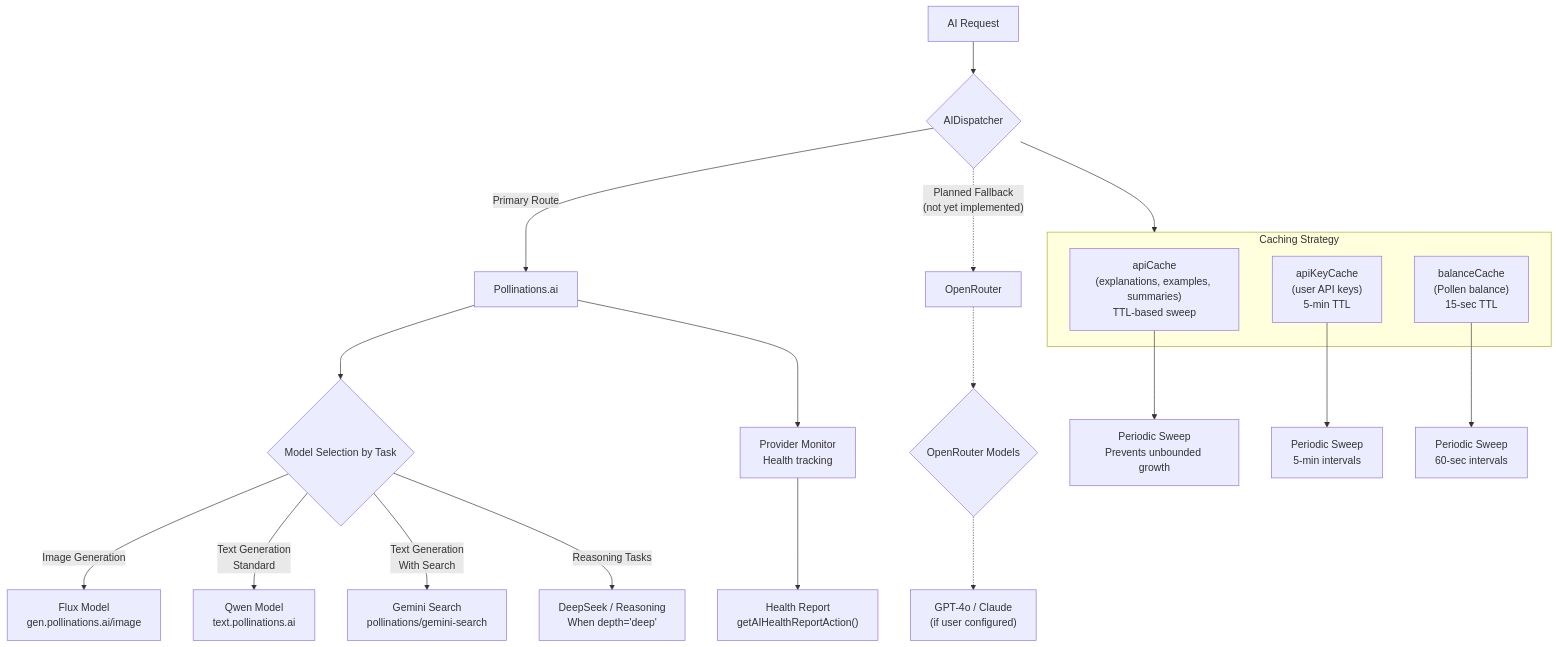
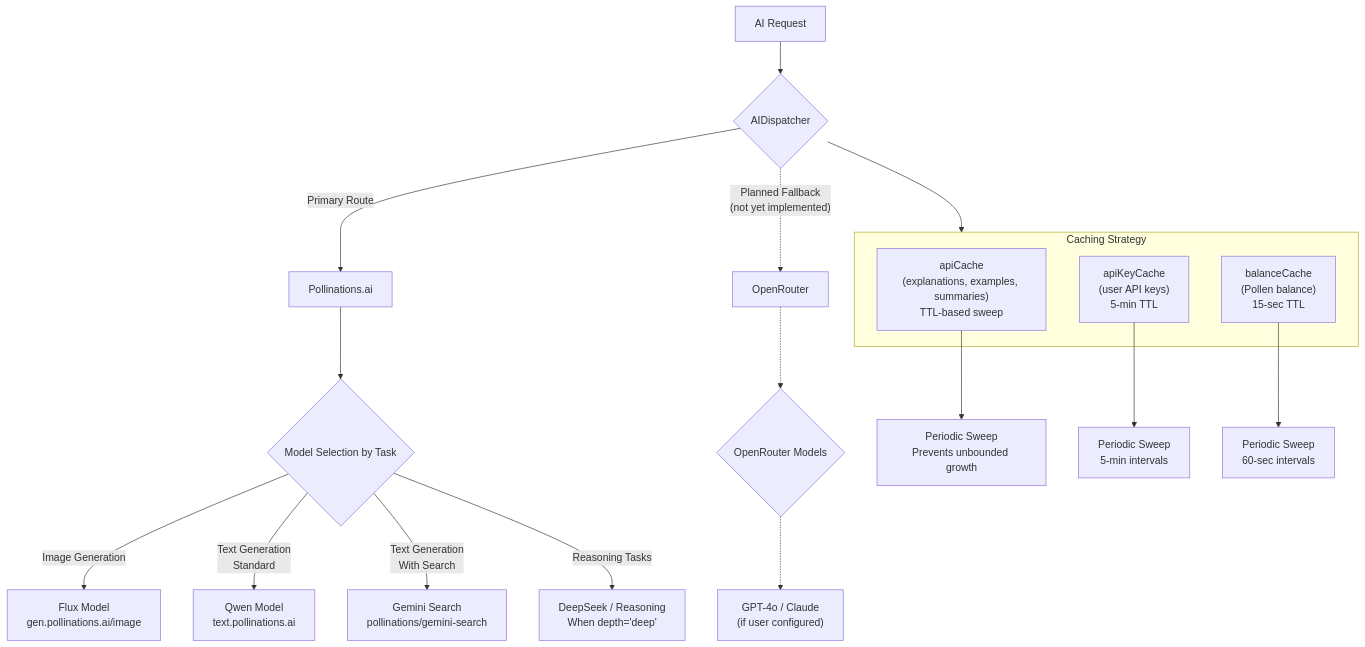
The fourth of 9 diagrams in docs/ARCHITECTURE.md (MindScape-free/mindscape), drawn with Mermaid before and after one commit. The commit also changed other lines of this file and 45 other files, not shown here.

````diff
--- a/docs/ARCHITECTURE.md
+++ b/docs/ARCHITECTURE.md
@@ -298,32 +297,29 @@
 ```mermaid
 flowchart TD
     REQ[AI Request] --> DISPATCHER{AIDispatcher}
 
     DISPATCHER -->|Primary Route| POLL["Pollinations.ai"]
     DISPATCHER -.->|"Planned Fallback<br/>(not yet implemented)"| OR["OpenRouter"]
 
     POLL --> MODELS{Model Selection by Task}
 
     MODELS -->|"Image Generation"| FLUX["Flux Model<br/>gen.pollinations.ai/image"]
     MODELS -->|"Text Generation<br/>Standard"| QWEN["Qwen Model<br/>text.pollinations.ai"]
     MODELS -->|"Text Generation<br/>With Search"| GEMINI["Gemini Search<br/>pollinations/gemini-search"]
     MODELS -->|"Reasoning Tasks"| REASONING["DeepSeek / Reasoning<br/>When depth='deep'"]
 
     OR -.-> OPENMODELS{OpenRouter Models}
     OPENMODELS -.-> GPT4["GPT-4o / Claude<br/>(if user configured)"]
 
-    POLL --> MON["Provider Monitor<br/>Health tracking"]
-    MON --> REPORT["Health Report<br/>getAIHealthReportAction()"]
-
     subgraph CACHING["Caching Strategy"]
         API_CACHE["apiCache<br/>(explanations, examples, summaries)<br/>TTL-based sweep"]
         API_KEY_CACHE["apiKeyCache<br/>(user API keys)<br/>5-min TTL"]
         BALANCE_CACHE["balanceCache<br/>(Pollen balance)<br/>15-sec TTL"]
     end
 
     API_CACHE --> SWEEP1["Periodic Sweep<br/>Prevents unbounded growth"]
     API_KEY_CACHE --> SWEEP2["Periodic Sweep<br/>5-min intervals"]
     BALANCE_CACHE --> SWEEP3["Periodic Sweep<br/>60-sec intervals"]
 
     DISPATCHER --> CACHING
 ```
````
